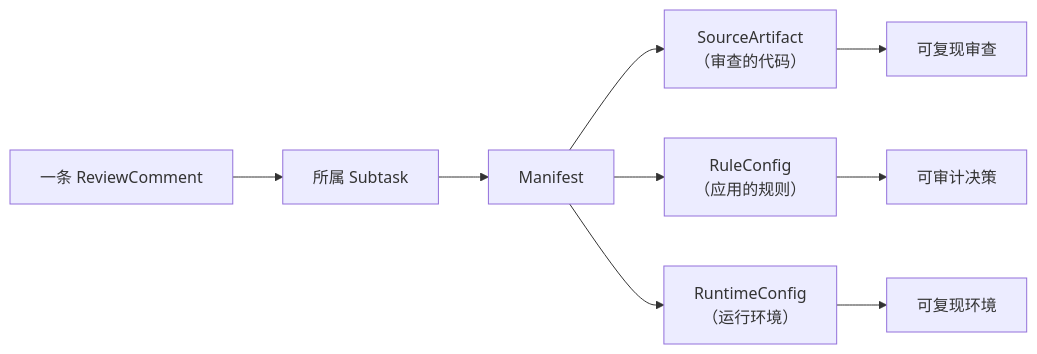
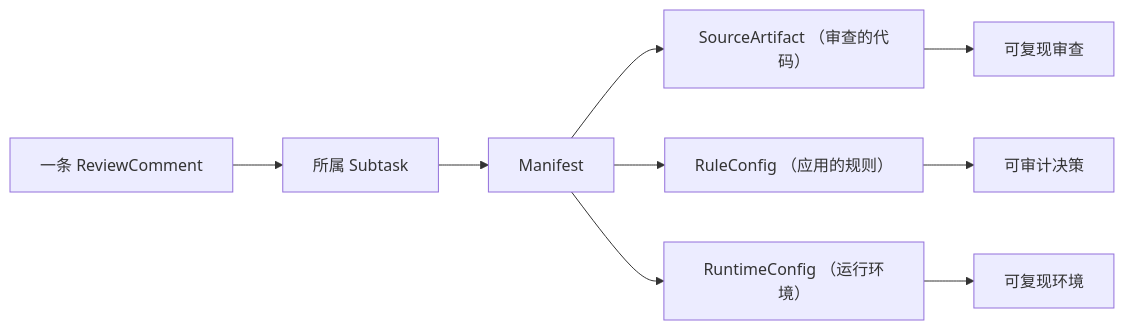
Diagram 11 of 12 in doc/bundles/jishu/ai/products/open-code-review/concepts/01-architecture.md (awesome-flexloop/awesome-okf), drawn with Mermaid before and after one commit. The commit also changed other lines of this file and 10 other files, not shown here.

First line of the commit message:
docs(bundle): 清偿 Open Code Review 存量 Mermaid 违规避免规范漂移累积

````diff
--- a/doc/bundles/jishu/ai/products/open-code-review/concepts/01-architecture.md
+++ b/doc/bundles/jishu/ai/products/open-code-review/concepts/01-architecture.md
@@ -857,12 +842,11 @@
 ```mermaid
 graph LR
     Comment["一条 ReviewComment"] --> ST["所属 Subtask"]
     ST --> Manifest["Manifest"]
-    Manifest --> SA["SourceArtifact<br/>（审查的代码）"]
-    Manifest --> RC["RuleConfig<br/>（应用的规则）"]
-    Manifest --> RT["RuntimeConfig<br/>（运行环境）"]
-
+    Manifest --> SA["SourceArtifact （审查的代码）"]
+    Manifest --> RC["RuleConfig （应用的规则）"]
+    Manifest --> RT["RuntimeConfig （运行环境）"]
     SA --> Replay["可复现审查"]
     RC --> Audit["可审计决策"]
     RT --> Repro["可复现环境"]
 ```
````
